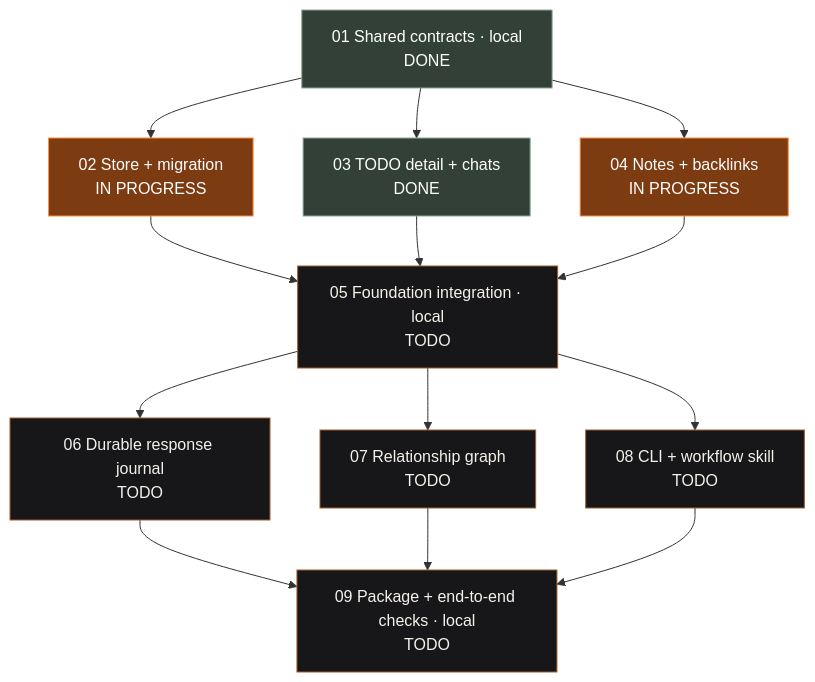
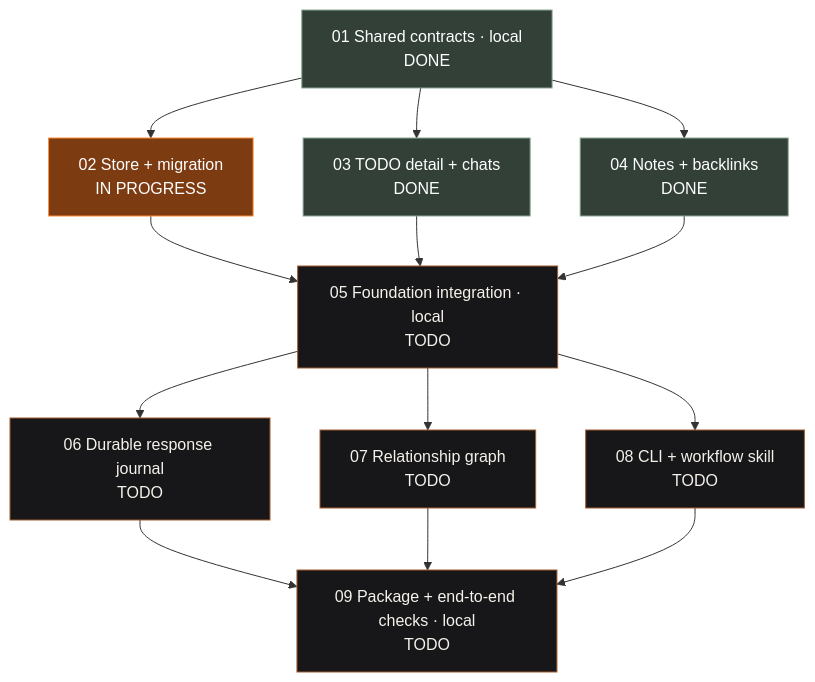
One commit to vatsalsaglani/Cider changed the diagram in docs/plans/linked-work/00-overview.md. Above: the diagram before and after it, drawn with Mermaid. The commit also changed other lines of this file and 7 other files, not shown here.

````diff
--- a/docs/plans/linked-work/00-overview.md
+++ b/docs/plans/linked-work/00-overview.md
@@ -38,27 +38,27 @@
 ```mermaid
 flowchart TD
     P01["01 Shared contracts · local<br/>DONE"]:::done
     P02["02 Store + migration<br/>IN PROGRESS"]:::inprogress
     P03["03 TODO detail + chats<br/>DONE"]:::done
-    P04["04 Notes + backlinks<br/>IN PROGRESS"]:::inprogress
+    P04["04 Notes + backlinks<br/>DONE"]:::done
     P05["05 Foundation integration · local<br/>TODO"]:::todo
     P06["06 Durable response journal<br/>TODO"]:::todo
     P07["07 Relationship graph<br/>TODO"]:::todo
     P08["08 CLI + workflow skill<br/>TODO"]:::todo
     P09["09 Package + end-to-end checks · local<br/>TODO"]:::todo
     P01 --> P02
     P01 --> P03
     P01 --> P04
     P02 --> P05
     P03 --> P05
     P04 --> P05
     P05 --> P06
     P05 --> P07
     P05 --> P08
     P06 --> P09
     P07 --> P09
     P08 --> P09
     classDef todo fill:#171719,color:#f5f2eb,stroke:#a45d2e
     classDef inprogress fill:#7d3b12,color:#fff,stroke:#ff8b38
     classDef done fill:#324038,color:#fff,stroke:#8ca996
 ```
````
